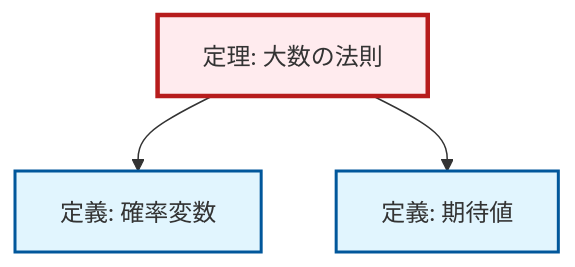
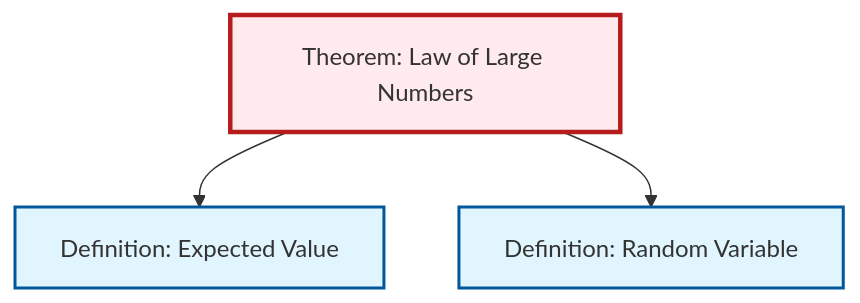
Before and after one commit to RK0429/ModernMath: the second of 2 diagrams in content/ja/probability-statistics/thm-law-of-large-numbers.qmd, drawn with Mermaid. The commit also changed 203 other files, not shown here.

````diff
--- a/content/ja/probability-statistics/thm-law-of-large-numbers.qmd
+++ b/content/ja/probability-statistics/thm-law-of-large-numbers.qmd
@@ -82,18 +82,15 @@
 ```{mermaid}
-%%| fig-cap: "局所依存関係グラフ"
+%%| fig-cap: "Local dependency graph"
 graph TD
     classDef definition fill:#e1f5fe,stroke:#01579b,stroke-width:2px
     classDef theorem fill:#f3e5f5,stroke:#4a148c,stroke-width:2px
     classDef axiom fill:#fff3e0,stroke:#e65100,stroke-width:2px
     classDef example fill:#e8f5e9,stroke:#1b5e20,stroke-width:2px
     classDef current fill:#ffebee,stroke:#b71c1c,stroke-width:3px
-    def-random-variable["定義: 確率変数"]:::definition
-    thm-law-of-large-numbers["定理: 大数の法則"]:::theorem
-    def-expectation["定義: 期待値"]:::definition
+    def-expectation["Definition: Expected Value"]:::definition
+    def-random-variable["Definition: Random Variable"]:::definition
+    thm-law-of-large-numbers["Theorem: Law of Large Numbers"]:::theorem
+    thm-law-of-large-numbers --> def-expectation
     thm-law-of-large-numbers --> def-random-variable
-    thm-law-of-large-numbers --> def-expectation
     class thm-law-of-large-numbers current
-
-    click def-random-variable "def-random-variable.html" "Go to 定義: 確率変数"
-    click def-expectation "def-expectation.html" "Go to 定義: 期待値"
 ```
````
